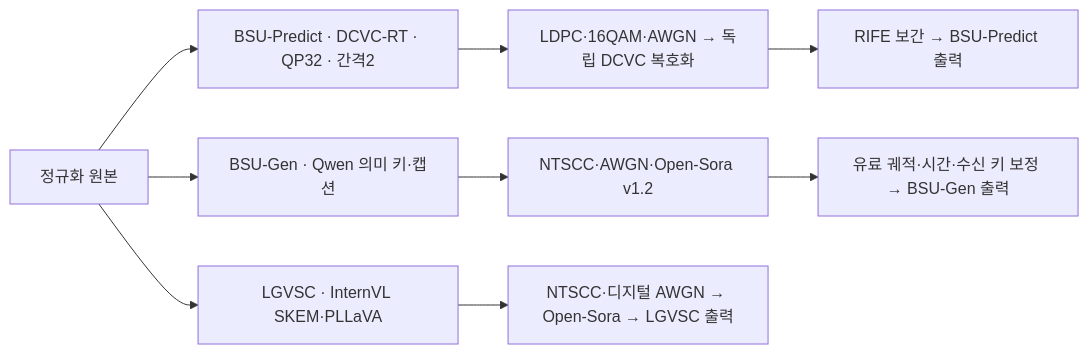
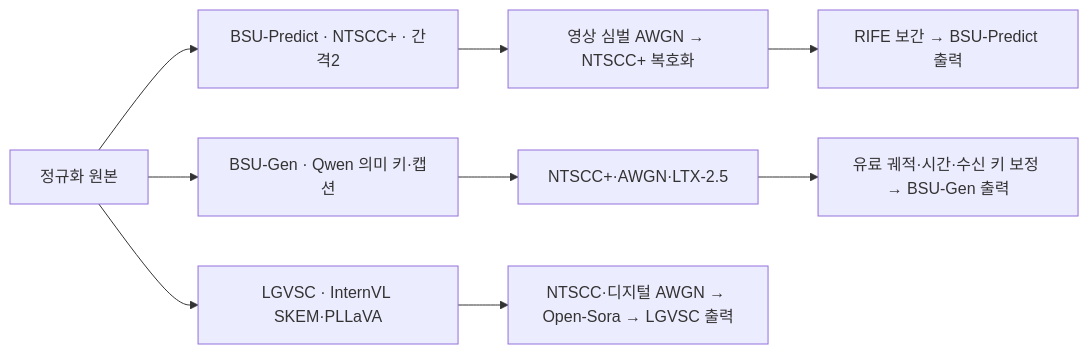
The first of 9 diagrams in docs/MODEL_ARCHITECTURE.md (SangukBae/semantic_transmission), drawn with Mermaid before and after one commit. The commit also changed other lines of this file and 6 other files, not shown here.

````diff
--- a/docs/MODEL_ARCHITECTURE.md
+++ b/docs/MODEL_ARCHITECTURE.md
@@ -48,11 +67,11 @@
 ```mermaid
 flowchart LR
-    V[정규화 원본] --> C[BSU-Predict · DCVC-RT · QP32 · 간격2]
-    C --> P[LDPC·16QAM·AWGN → 독립 DCVC 복호화]
+    V[정규화 원본] --> C[BSU-Predict · NTSCC+ · 간격2]
+    C --> P[영상 심벌 AWGN → NTSCC+ 복호화]
     P --> I[RIFE 보간 → BSU-Predict 출력]
     V --> G[BSU-Gen · Qwen 의미 키·캡션]
-    G --> N[NTSCC·AWGN·Open-Sora v1.2]
+    G --> N[NTSCC+·AWGN·LTX-2.5]
     N --> R[유료 궤적·시간·수신 키 보정 → BSU-Gen 출력]
     V --> L[LGVSC · InternVL SKEM·PLLaVA]
     L --> T[NTSCC·디지털 AWGN → Open-Sora → LGVSC 출력]
 ```
````
